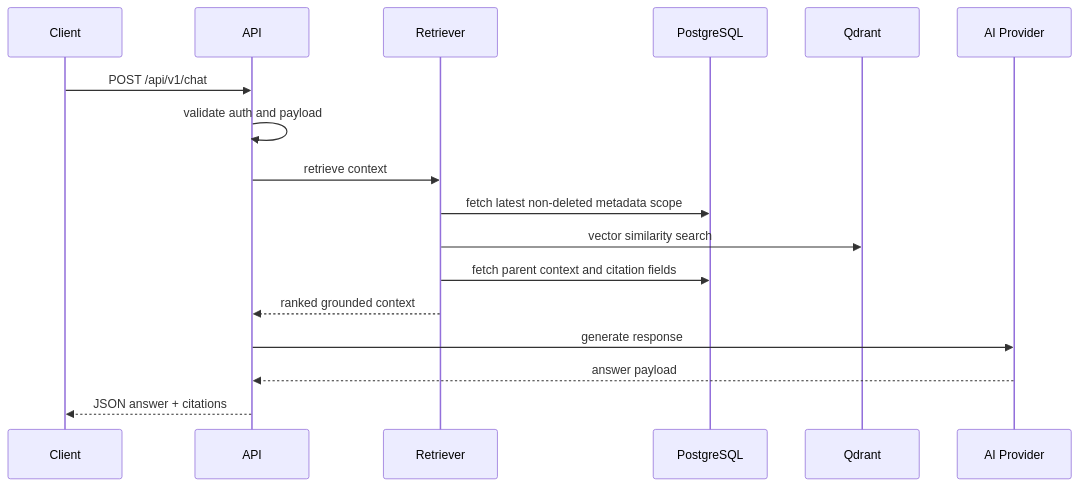
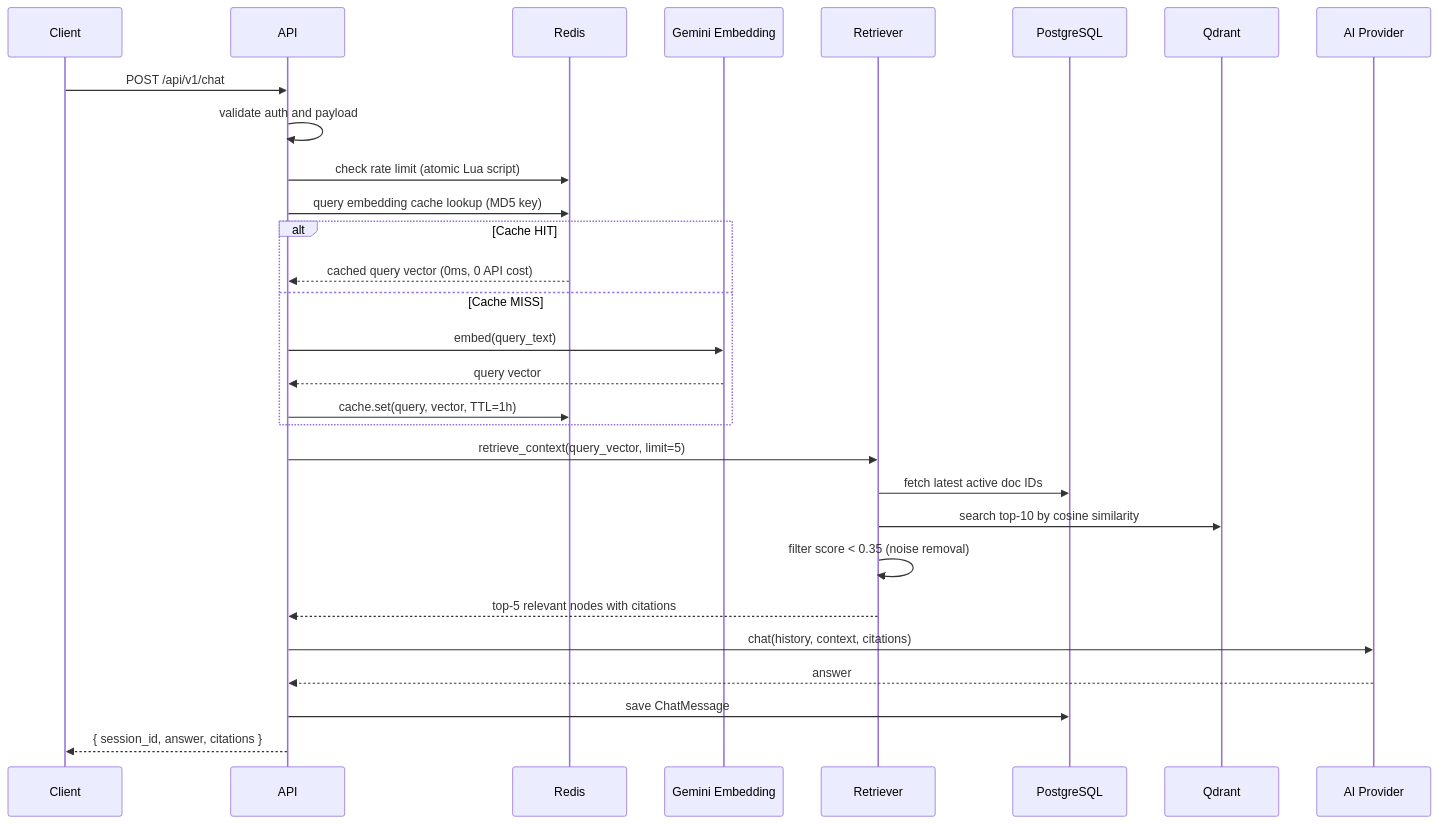
Before and after one commit to qtuanph/chatbot-rag: the second of 3 diagrams in docs/03_CORE_WORKFLOWS.md, drawn with Mermaid. The commit also changed other lines of this file and 28 other files, not shown here.

````diff
--- a/docs/03_CORE_WORKFLOWS.md
+++ b/docs/03_CORE_WORKFLOWS.md
@@ -48,20 +61,32 @@
 ```mermaid
 sequenceDiagram
     participant Client
     participant API
+    participant Redis
+    participant Embedder as Gemini Embedding
     participant Retriever
     participant DB as PostgreSQL
     participant Qdrant
     participant Provider as AI Provider
 
     Client->>API: POST /api/v1/chat
     API->>API: validate auth and payload
-    API->>Retriever: retrieve context
-    Retriever->>DB: fetch latest non-deleted metadata scope
-    Retriever->>Qdrant: vector similarity search
-    Retriever->>DB: fetch parent context and citation fields
-    Retriever-->>API: ranked grounded context
-    API->>Provider: generate response
-    Provider-->>API: answer payload
-    API-->>Client: JSON answer + citations
+    API->>Redis: check rate limit (atomic Lua script)
+    API->>Redis: query embedding cache lookup (MD5 key)
+    alt Cache HIT
+        Redis-->>API: cached query vector (0ms, 0 API cost)
+    else Cache MISS
+        API->>Embedder: embed(query_text)
+        Embedder-->>API: query vector
+        API->>Redis: cache.set(query, vector, TTL=1h)
+    end
+    API->>Retriever: retrieve_context(query_vector, limit=5)
+    Retriever->>DB: fetch latest active doc IDs
+    Retriever->>Qdrant: search top-10 by cosine similarity
+    Retriever->>Retriever: filter score < 0.35 (noise removal)
+    Retriever-->>API: top-5 relevant nodes with citations
+    API->>Provider: chat(history, context, citations)
+    Provider-->>API: answer
+    API->>DB: save ChatMessage
+    API-->>Client: { session_id, answer, citations }
 ```
````
